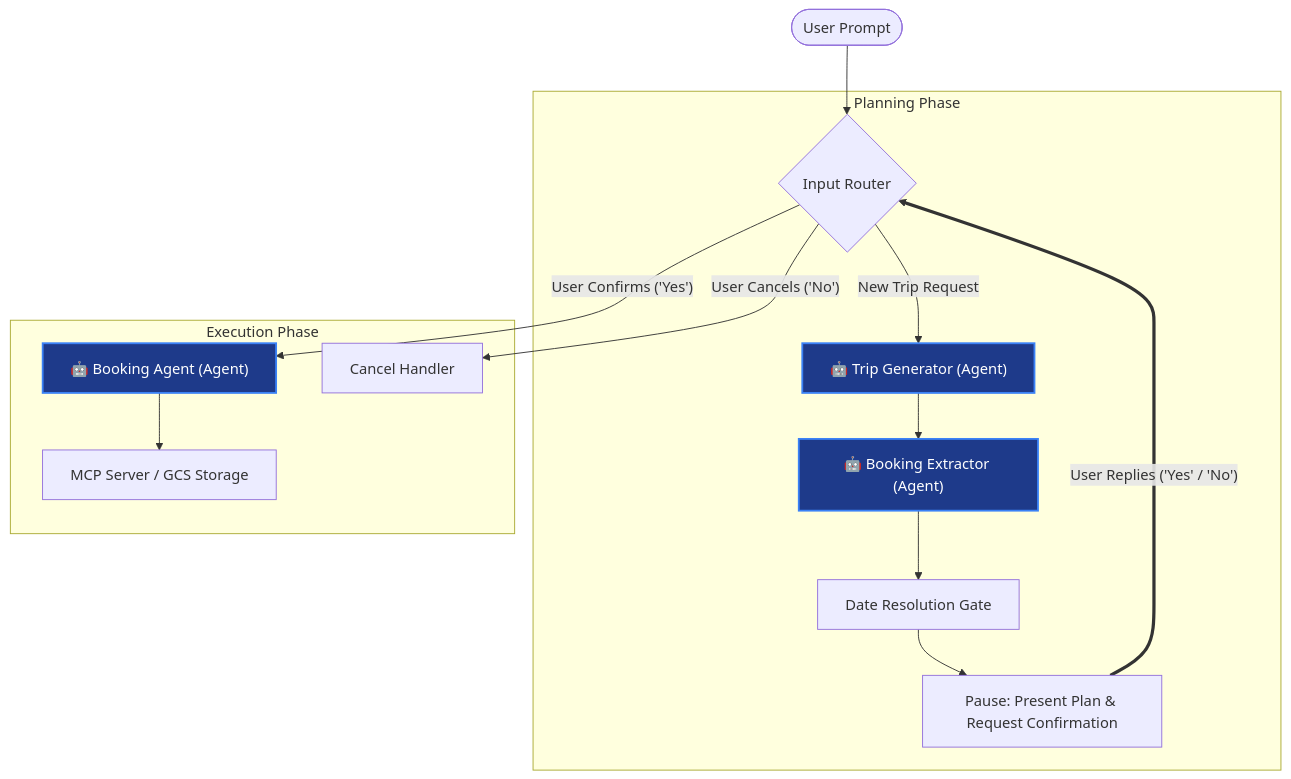
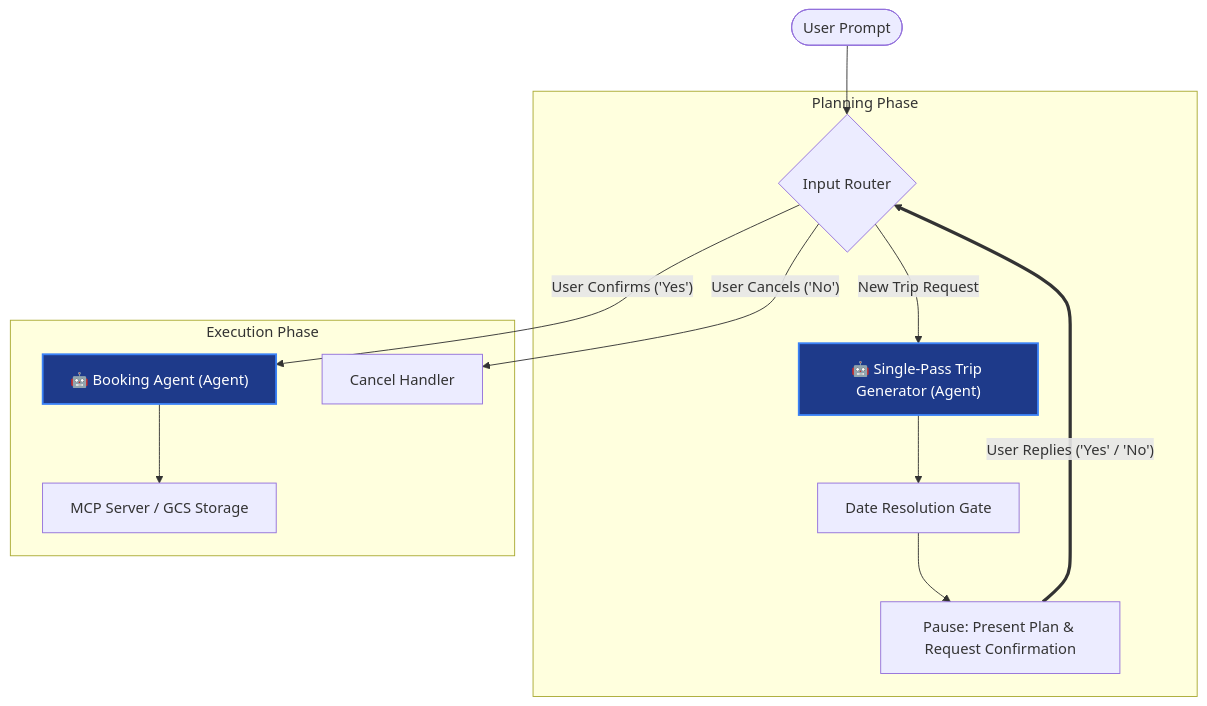
The diagram in README.md (rtannenbaum/agentic-trip-planner), drawn with Mermaid before and after one commit. The commit also changed 1 other file, not shown here.

Commit message:
Fix Reasoning Engine deployment, IAM permissions, GCS storage, telemetry, Memory Bank persistence, and combine trip generator with booking extractor into single-pass architecture

````diff
--- a/README.md
+++ b/README.md
@@ -86,22 +86,21 @@
 ```mermaid
 graph TD
     User([User Prompt]) --> Router{Input Router}
     
     subgraph Planning Phase
-        Router -- "New Trip Request" --> TripGen["🤖 Trip Generator (Agent)"]:::agentStyle
-        TripGen --> Extract["🤖 Booking Extractor (Agent)"]:::agentStyle
-        Extract --> DateGate[Date Resolution Gate]
+        Router -- "New Trip Request" --> TripGen["🤖 Single-Pass Trip Generator (Agent)"]:::agentStyle
+        TripGen --> DateGate[Date Resolution Gate]
         DateGate --> Pause[Pause: Present Plan & Request Confirmation]
     end
     
     subgraph Execution Phase
         Router -- "User Confirms ('Yes')" --> BookAgent["🤖 Booking Agent (Agent)"]:::agentStyle
         Router -- "User Cancels ('No')" --> Cancel[Cancel Handler]
         
         BookAgent --> MCP[MCP Server / GCS Storage]
     end
     
     Pause == "User Replies ('Yes' / 'No')" ==> Router
 
     classDef agentStyle fill:#1e3a8a,stroke:#3b82f6,color:#ffffff,stroke-width:2px;
 ```
````
